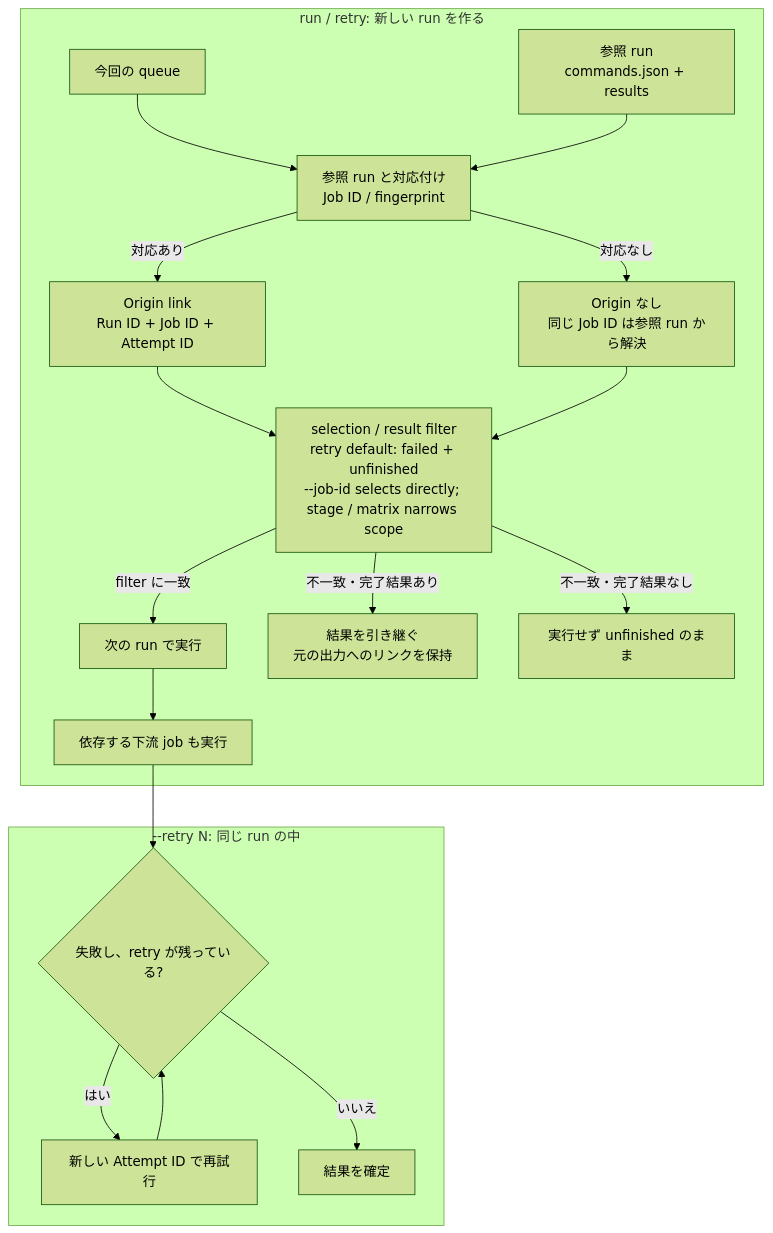
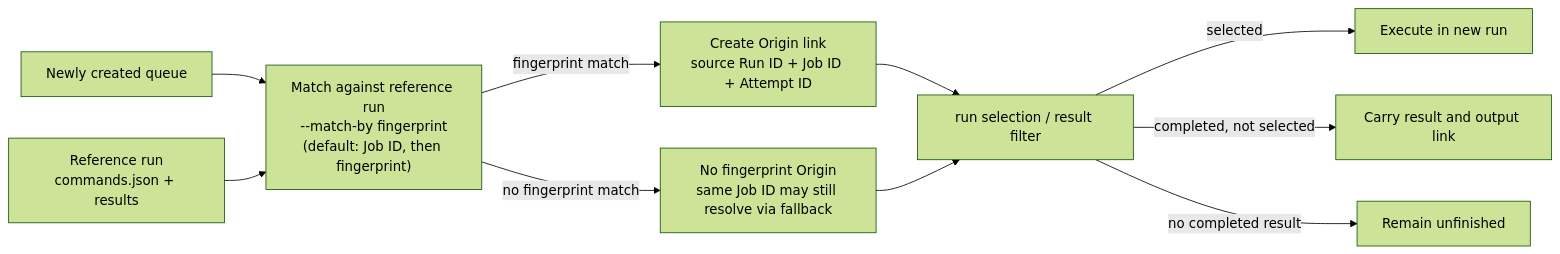
One commit to kamo-naoyuki/rotari changed the second of 3 diagrams in docs/RUNNING.md. Above: the diagram before and after it, drawn with Mermaid (forest theme). The commit also changed other lines of this file, not shown here.

Commit message:
docs: separate origin and fingerprint rerun diagrams

````diff
--- a/docs/RUNNING.md
+++ b/docs/RUNNING.md
@@ -158,22 +174,12 @@
 ```mermaid
-flowchart TB
-  subgraph AcrossRuns["run / retry: 新しい run を作る"]
-    Queue["今回の queue"] --> Match["参照 run と対応付け<br/>Job ID / fingerprint"]
-    History["参照 run<br/>commands.json + results"] --> Match
-    Match -->|"対応あり"| Origin["Origin link<br/>Run ID + Job ID + Attempt ID"]
-    Match -->|"対応なし"| NoOrigin["Origin なし<br/>同じ Job ID は参照 run から解決"]
-    Origin --> Filter["selection / result filter<br/>retry default: failed + unfinished<br/>--job-id selects directly; stage / matrix narrows scope"]
-    NoOrigin --> Filter
-    Filter -->|"filter に一致"| Execute["次の run で実行"]
-    Filter -->|"不一致・完了結果あり"| Carry["結果を引き継ぐ<br/>元の出力へのリンクを保持"]
-    Filter -->|"不一致・完了結果なし"| Unfinished["実行せず unfinished のまま"]
-    Execute --> Downstream["依存する下流 job も実行"]
-  end
-
-  subgraph WithinRun["--retry N: 同じ run の中"]
-    Downstream --> RetryCheck{"失敗し、retry が残っている?"}
-    RetryCheck -->|"はい"| Attempt["新しい Attempt ID で再試行"]
-    RetryCheck -->|"いいえ"| Result["結果を確定"]
-    Attempt --> RetryCheck
-  end
+flowchart LR
+  NewQueue["Newly created queue"] --> Match["Match against reference run<br/>--match-by fingerprint<br/>(default: Job ID, then fingerprint)"]
+  Reference["Reference run<br/>commands.json + results"] --> Match
+  Match -->|"fingerprint match"| Origin["Create Origin link<br/>source Run ID + Job ID + Attempt ID"]
+  Match -->|"no fingerprint match"| NoOrigin["No fingerprint Origin<br/>same Job ID may still resolve via fallback"]
+  Origin --> Filter["run selection / result filter"]
+  NoOrigin --> Filter
+  Filter -->|"selected"| Execute["Execute in new run"]
+  Filter -->|"completed, not selected"| Carry["Carry result and output link"]
+  Filter -->|"no completed result"| Unfinished["Remain unfinished"]
 ```
````
